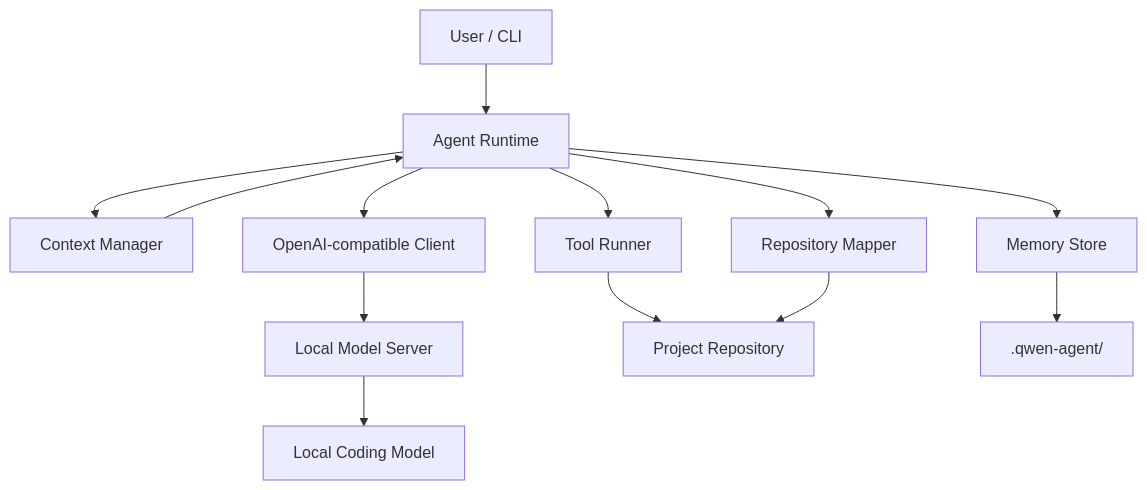
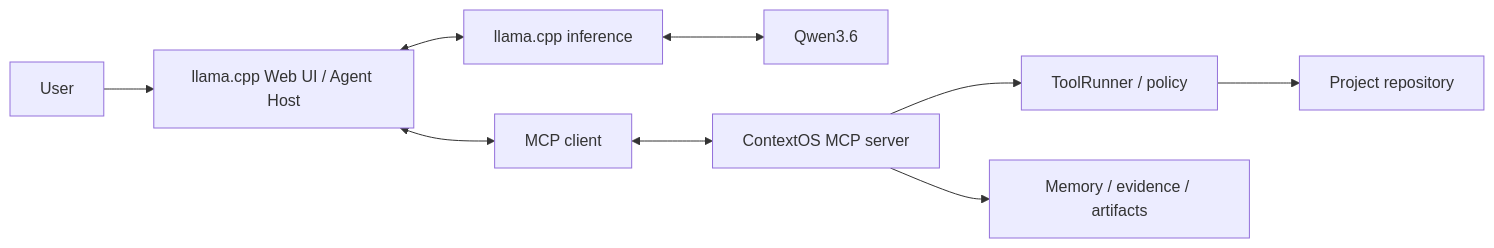
Before and after one commit to HayronHgh/context-os: the diagram in README.md, drawn with Mermaid. The commit also changed other lines of this file and 27 other files, not shown here.

Commit message:
feat(mcp): add Context OS capability server

````diff
--- a/README.md
+++ b/README.md
@@ -96,15 +100,11 @@
 ```mermaid
-flowchart TD
-    U["User / CLI"] --> A["Agent Runtime"]
-    A --> C["Context Manager"]
-    A --> T["Tool Runner"]
-    A --> M["Memory Store"]
-    A --> R["Repository Mapper"]
-    A --> L["OpenAI-compatible Client"]
-    L --> S["Local Model Server"]
-    S --> Q["Local Coding Model"]
-    T --> P["Project Repository"]
-    R --> P
-    M --> D[".qwen-agent/"]
-    C --> A
+flowchart LR
+    U["User"] --> H["llama.cpp Web UI / Agent Host"]
+    H <--> L["llama.cpp inference"]
+    L <--> Q["Qwen3.6"]
+    H <--> C["MCP client"]
+    C <--> M["ContextOS MCP server"]
+    M --> T["ToolRunner / policy"]
+    M --> D["Memory / evidence / artifacts"]
+    T --> P["Project repository"]
 ```
````
